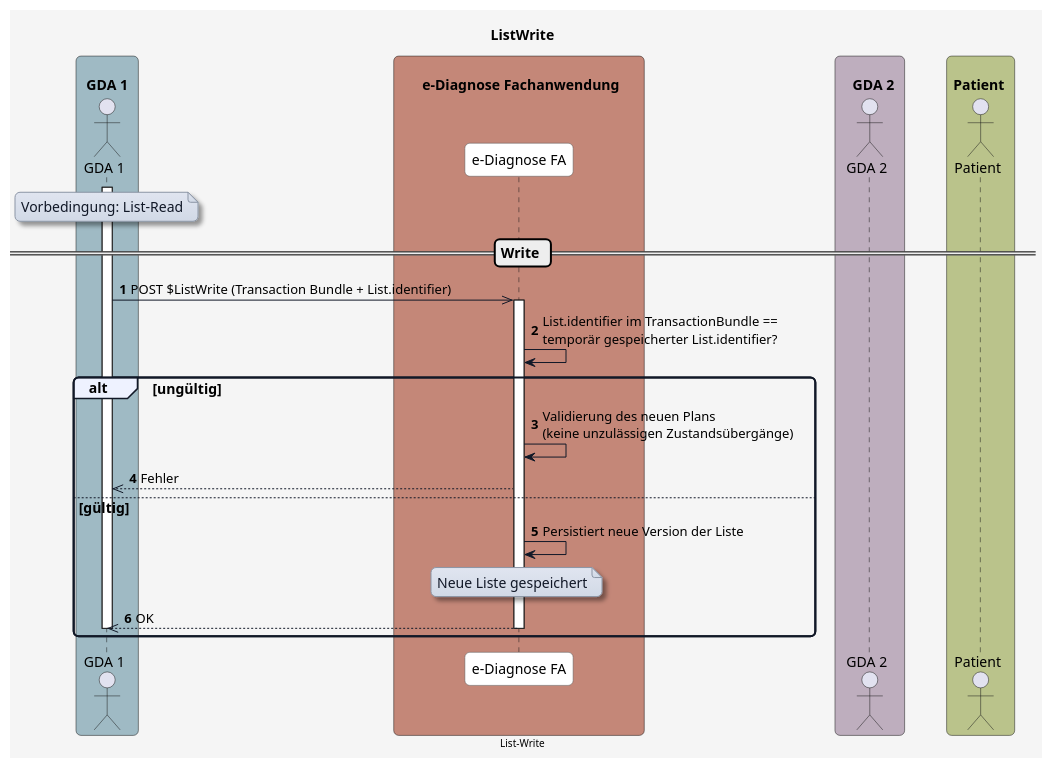
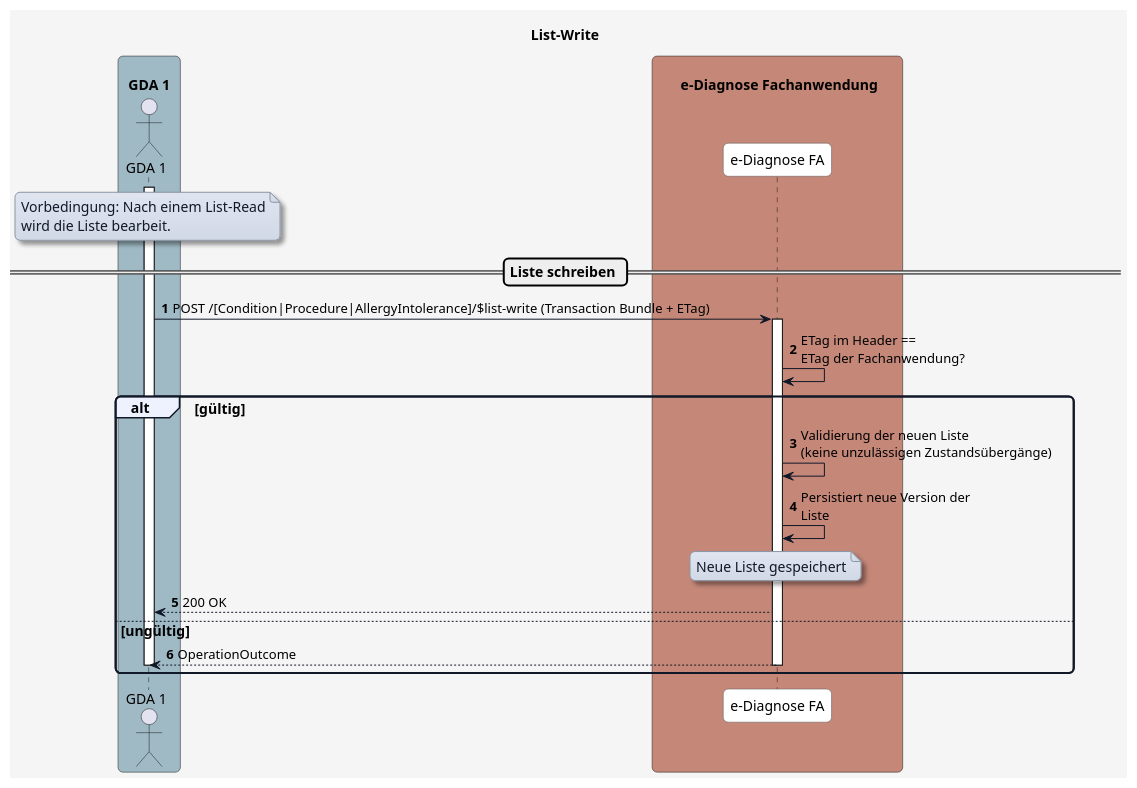
Before and after one commit to HL7Austria/ELGA-e-Diagnose-R4: the diagram in plantuml/diagram_write.plantuml, drawn with PlantUML. The commit also changed 8 other files, not shown here.

```diff
--- a/plantuml/diagram_write.plantuml
+++ b/plantuml/diagram_write.plantuml
@@ -1,94 +1,84 @@
 @startuml
-title ListWrite
+title List-Write
 
 skinparam borderColor #000000
 skinparam backgroundColor #f5f5f5
 skinparam shadowing false
 skinparam roundCorner 10
 skinparam defaultFontName "Arial"
 skinparam defaultFontSize 14
 skinparam defaultFontColor #000000
 
 skinparam note {
   BackgroundColor #e0e5f0-#d1d9e6
   BorderColor #8b95a5
   BorderThickness 1
   RoundCorner 8
   Padding 6
   FontColor #111827
   Shadowing true
 }
 
 skinparam HyperlinkColor #0000EE
 skinparam HyperlinkUnderline false
 
 skinparam sequence {
   ParticipantBorderColor #555555
   ParticipantBackgroundColor #ffffff
   ParticipantFontColor #000000
   ParticipantFontSize 14
   ParticipantPadding 20
   ArrowColor #111827
   ArrowThickness 1
   ArrowFontColor #000000
   ArrowFontSize 13
   GroupBorderColor #111827
   GroupBackgroundColor #eef2ff
   GroupBorderThickness 2
 }
 
 skinparam BoxPadding 20
 skinparam BoxBorderColor #555555
 
 box "\n  GDA 1  " #9fbac4
   actor GDA_1 as "GDA 1"
 end box
 
 box "\n       e-Diagnose Fachanwendung      " #C48778
   participant eDiag_FA as "e-Diagnose FA"
 end box
 
-box "\n    GDA 2  " #beaebe
-  actor GDA_2 as "GDA 2"
-end box
-
-box "\n Patient  " #bac38b
-  actor Patient as "Patient"
-end box
-
-
 autonumber
 
 activate GDA_1
 
 note over GDA_1
-Vorbedingung: List-Read
+Vorbedingung: Nach einem List-Read
+wird die Liste bearbeit.
 end note
 
-== Write ==
+== Liste schreiben ==
 
-GDA_1 ->> eDiag_FA: POST $ListWrite (Transaction Bundle + List.identifier)
+GDA_1 -> eDiag_FA: POST /[Condition|Procedure|AllergyIntolerance]/$list-write (Transaction Bundle + ETag)
 
 activate eDiag_FA
-eDiag_FA -> eDiag_FA: List.identifier im TransactionBundle ==\ntemporär gespeicherter List.identifier?
+eDiag_FA -> eDiag_FA: ETag im Header ==\nETag der Fachanwendung?
 
-alt ungültig 
-  eDiag_FA -> eDiag_FA: Validierung des neuen Plans\n(keine unzulässigen Zustandsübergänge)
-  eDiag_FA -->> GDA_1: Fehler 
-  
-else gültig 
-  eDiag_FA -> eDiag_FA: Persistiert neue Version der Liste
+alt gültig 
+  eDiag_FA -> eDiag_FA: Validierung der neuen Liste\n(keine unzulässigen Zustandsübergänge)
+  eDiag_FA -> eDiag_FA: Persistiert neue Version der\nListe
 
   note over eDiag_FA
   Neue Liste gespeichert
   end note
 
-  eDiag_FA -->> GDA_1: OK
+  eDiag_FA --> GDA_1: 200 OK
+  
+else ungültig 
+
+  eDiag_FA --> GDA_1: OperationOutcome
   deactivate GDA_1
   deactivate eDiag_FA
 end
 
-center footer List-Write
-
-
 @enduml
```
